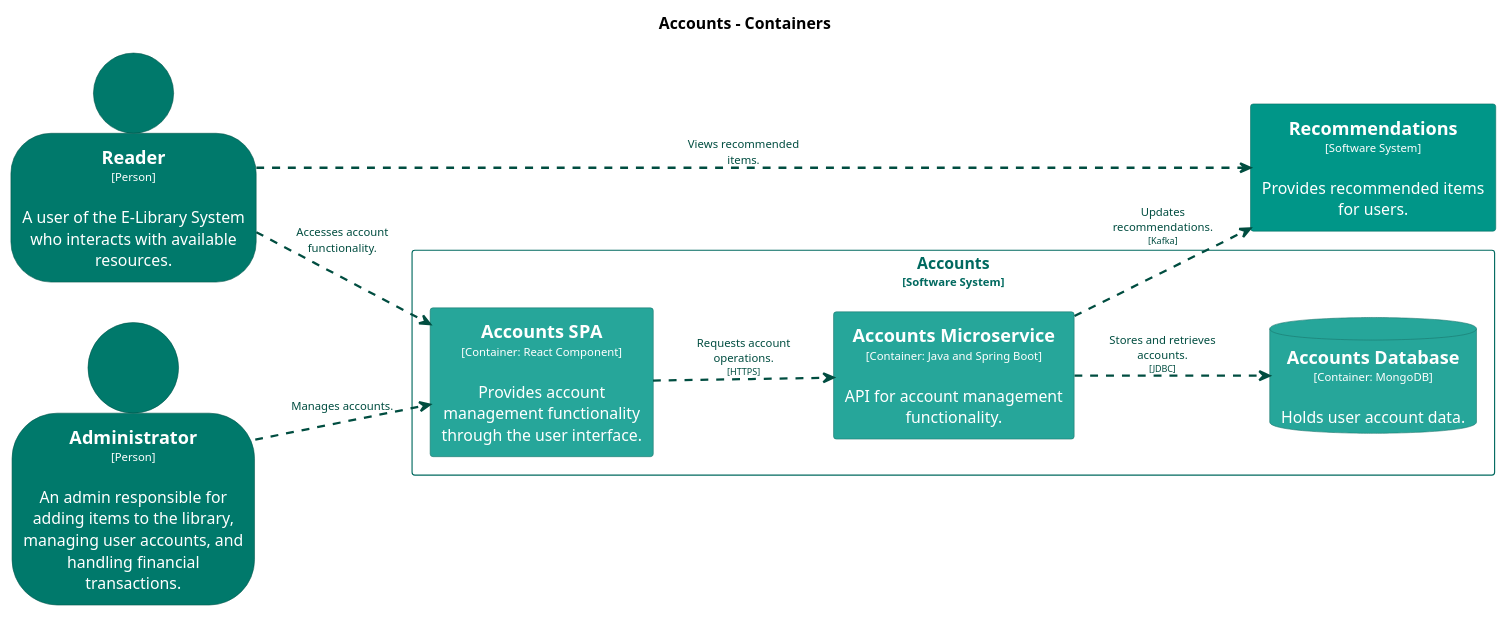
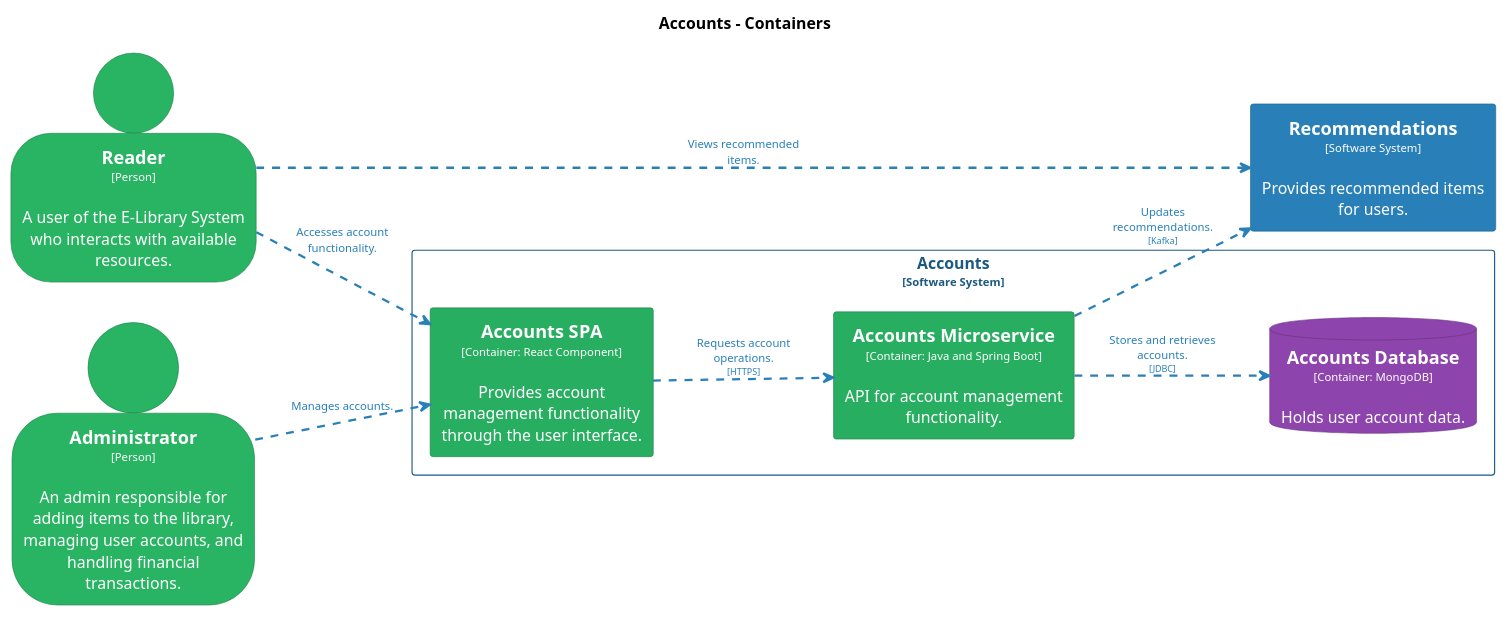
Before and after one commit to Goodmorning918/E-Library-Architecture: the diagram in main/puml/Container-001.puml, drawn with PlantUML. The commit also changed 169 other files, not shown here.

Commit message:
Deploying to gh-pages from @ Goodmorning918/E-Library-Architecture@5575a2e2585bacf25a31136d9ee4edd99183c80b 🚀

```diff
--- a/main/puml/Container-001.puml
+++ b/main/puml/Container-001.puml
@@ -1,74 +1,74 @@
 @startuml
 set separator none
 title Accounts - Containers
 
 left to right direction
 
 skinparam {
   arrowFontSize 10
   defaultTextAlignment center
   wrapWidth 200
   maxMessageSize 100
 }
 
 hide stereotype
 
 skinparam database<<Accounts.AccountsDatabase>> {
-  BackgroundColor #26a69a
+  BackgroundColor #8e44ad
   FontColor #ffffff
-  BorderColor #1a746b
+  BorderColor #632f79
   shadowing false
 }
 skinparam rectangle<<Accounts.AccountsMicroservice>> {
-  BackgroundColor #26a69a
+  BackgroundColor #27ae60
   FontColor #ffffff
-  BorderColor #1a746b
+  BorderColor #1b7943
   shadowing false
 }
 skinparam rectangle<<Accounts.AccountsSPA>> {
-  BackgroundColor #26a69a
+  BackgroundColor #27ae60
   FontColor #ffffff
-  BorderColor #1a746b
+  BorderColor #1b7943
   shadowing false
 }
 skinparam person<<Administrator>> {
-  BackgroundColor #00796b
+  BackgroundColor #28b463
   FontColor #ffffff
-  BorderColor #00544a
+  BorderColor #1c7d45
   shadowing false
 }
 skinparam person<<Reader>> {
-  BackgroundColor #00796b
+  BackgroundColor #28b463
   FontColor #ffffff
-  BorderColor #00544a
+  BorderColor #1c7d45
   shadowing false
 }
 skinparam rectangle<<Recommendations>> {
-  BackgroundColor #009688
+  BackgroundColor #2980b9
   FontColor #ffffff
-  BorderColor #00695f
+  BorderColor #1c5981
   shadowing false
 }
 skinparam rectangle<<Accounts>> {
-  BorderColor #00695f
-  FontColor #00695f
+  BorderColor #1c5981
+  FontColor #1c5981
   shadowing false
 }
 
 person "==Reader\n<size:10>[Person]</size>\n\nA user of the E-Library System who interacts with available resources." <<Reader>> as Reader
 person "==Administrator\n<size:10>[Person]</size>\n\nAn admin responsible for adding items to the library, managing user accounts, and handling financial transactions." <<Administrator>> as Administrator
 rectangle "==Recommendations\n<size:10>[Software System]</size>\n\nProvides recommended items for users." <<Recommendations>> as Recommendations
 
 rectangle "Accounts\n<size:10>[Software System]</size>" <<Accounts>> {
   rectangle "==Accounts SPA\n<size:10>[Container: React Component]</size>\n\nProvides account management functionality through the user interface." <<Accounts.AccountsSPA>> as Accounts.AccountsSPA
   rectangle "==Accounts Microservice\n<size:10>[Container: Java and Spring Boot]</size>\n\nAPI for account management functionality." <<Accounts.AccountsMicroservice>> as Accounts.AccountsMicroservice
   database "==Accounts Database\n<size:10>[Container: MongoDB]</size>\n\nHolds user account data." <<Accounts.AccountsDatabase>> as Accounts.AccountsDatabase
 }
 
-Reader .[#004d40,thickness=2].> Recommendations : "<color:#004d40>Views recommended items."
-Reader .[#004d40,thickness=2].> Accounts.AccountsSPA : "<color:#004d40>Accesses account functionality."
-Administrator .[#004d40,thickness=2].> Accounts.AccountsSPA : "<color:#004d40>Manages accounts."
-Accounts.AccountsSPA .[#004d40,thickness=2].> Accounts.AccountsMicroservice : "<color:#004d40>Requests account operations.\n<color:#004d40><size:8>[HTTPS]</size>"
-Accounts.AccountsMicroservice .[#004d40,thickness=2].> Accounts.AccountsDatabase : "<color:#004d40>Stores and retrieves accounts.\n<color:#004d40><size:8>[JDBC]</size>"
-Accounts.AccountsMicroservice .[#004d40,thickness=2].> Recommendations : "<color:#004d40>Updates recommendations.\n<color:#004d40><size:8>[Kafka]</size>"
+Reader .[#2980b9,thickness=2].> Recommendations : "<color:#2980b9>Views recommended items."
+Reader .[#2980b9,thickness=2].> Accounts.AccountsSPA : "<color:#2980b9>Accesses account functionality."
+Administrator .[#2980b9,thickness=2].> Accounts.AccountsSPA : "<color:#2980b9>Manages accounts."
+Accounts.AccountsSPA .[#2980b9,thickness=2].> Accounts.AccountsMicroservice : "<color:#2980b9>Requests account operations.\n<color:#2980b9><size:8>[HTTPS]</size>"
+Accounts.AccountsMicroservice .[#2980b9,thickness=2].> Accounts.AccountsDatabase : "<color:#2980b9>Stores and retrieves accounts.\n<color:#2980b9><size:8>[JDBC]</size>"
+Accounts.AccountsMicroservice .[#2980b9,thickness=2].> Recommendations : "<color:#2980b9>Updates recommendations.\n<color:#2980b9><size:8>[Kafka]</size>"
 @enduml
```
